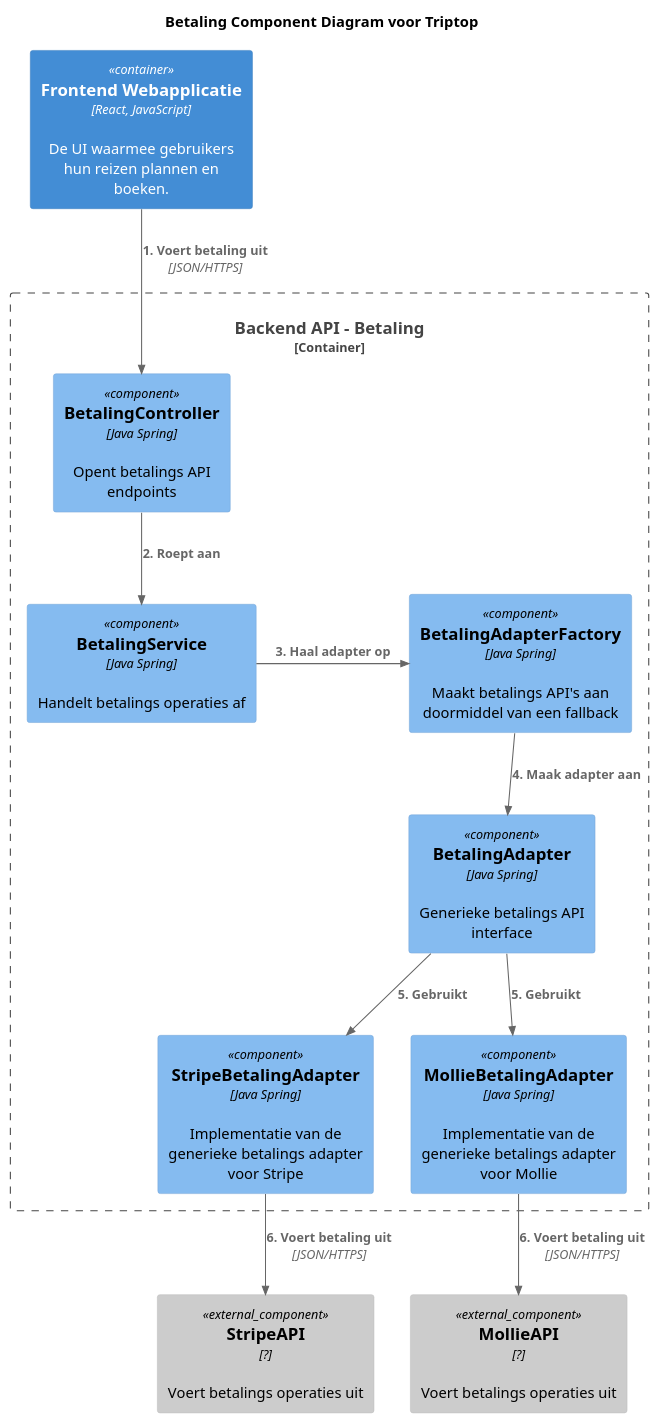
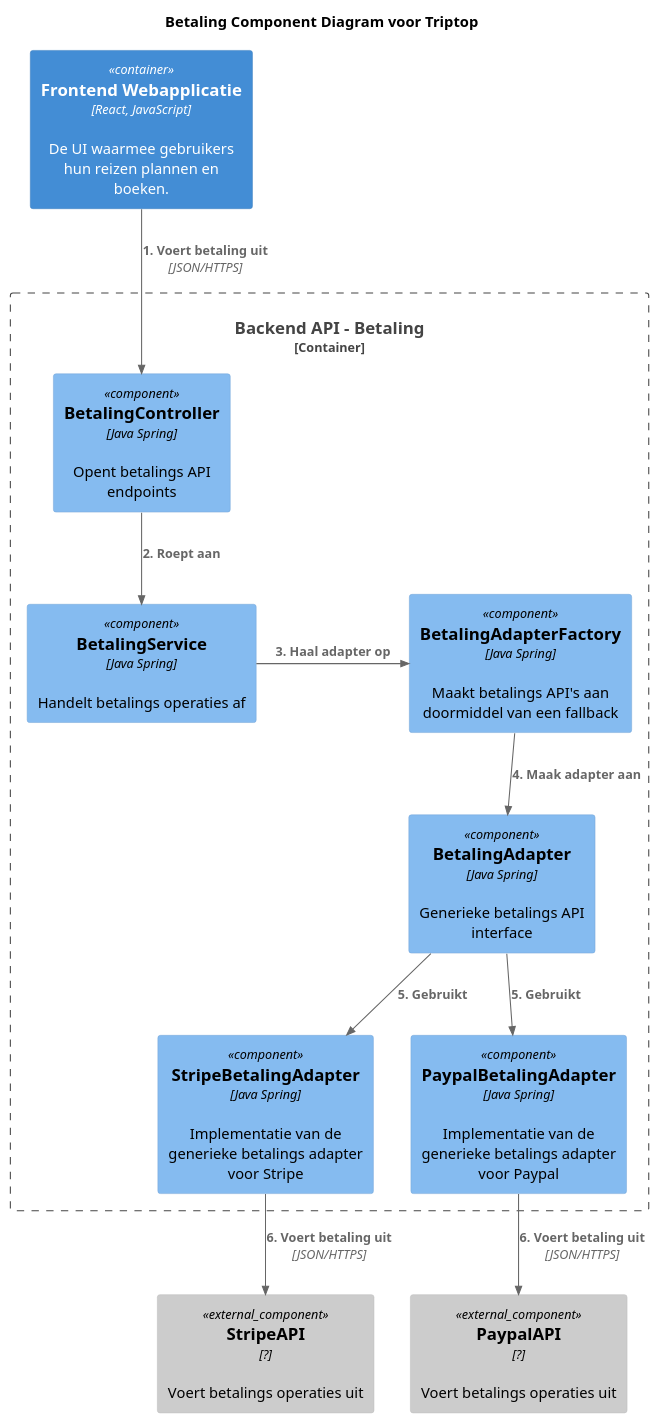
One commit to AIM-ENE-feb25/triptop-groep-3-pedro-ramon-mees changed the diagram in opdracht-diagrammen/component-diagrammen/MEES/Component_Diagram_Mees.puml. Above: the diagram before and after it, drawn with PlantUML. The commit also changed 2 other files, not shown here.

Commit message:
added my component diagram

```diff
--- a/opdracht-diagrammen/component-diagrammen/MEES/Component_Diagram_Mees.puml
+++ b/opdracht-diagrammen/component-diagrammen/MEES/Component_Diagram_Mees.puml
@@ -1,34 +1,34 @@
 @startuml Betaling_Component_Diagram_Mees_Triptop
 
 !include <C4/C4_Container>
 !include <C4/C4_Component>
 
 title "Betaling Component Diagram voor Triptop"
 
 Container(Triptop.FrontendWebapplicatie, "Frontend Webapplicatie", "React, JavaScript", "De UI waarmee gebruikers hun reizen plannen en boeken.")
 
 Container_Boundary(Triptop.BackendAPI, "Backend API - Betaling") {
     Component(betalingController, "BetalingController", "Java Spring", "Opent betalings API endpoints")
     Component(betalingService, "BetalingService", "Java Spring", "Handelt betalings operaties af")
     Component(betalingAdapterFactory, "BetalingAdapterFactory", "Java Spring", "Maakt betalings API's aan doormiddel van een fallback")
     Component(betalingAdapter, "BetalingAdapter", "Java Spring", "Generieke betalings API interface")
     Component(stripeBetalingAdapter, "StripeBetalingAdapter", "Java Spring", "Implementatie van de generieke betalings adapter voor Stripe")
-    Component(mollieBetalingAdapter, "MollieBetalingAdapter", "Java Spring", "Implementatie van de generieke betalings adapter voor Mollie")
+    Component(paypalBetalingAdapter, "PaypalBetalingAdapter", "Java Spring", "Implementatie van de generieke betalings adapter voor Paypal")
 
 }
 
 Component_Ext(stripeAPI, "StripeAPI", "?", "Voert betalings operaties uit")
-Component_Ext(mollieAPI, "MollieAPI", "?", "Voert betalings operaties uit")
+Component_Ext(paypalAPI, "PaypalAPI", "?", "Voert betalings operaties uit")
 
 Rel(Triptop.FrontendWebapplicatie, betalingController, "1. Voert betaling uit", "JSON/HTTPS")
 Rel(betalingController, betalingService, "2. Roept aan")
 Rel_R(betalingService, betalingAdapterFactory, "3. Haal adapter op")
 Rel(betalingAdapterFactory, betalingAdapter, "4. Maak adapter aan")
 Rel(betalingAdapter, stripeBetalingAdapter, "5. Gebruikt")
-Rel(betalingAdapter, mollieBetalingAdapter, "5. Gebruikt")
+Rel(betalingAdapter, paypalBetalingAdapter, "5. Gebruikt")
 
 Rel(stripeBetalingAdapter, stripeAPI, "6. Voert betaling uit", "JSON/HTTPS")
-Rel(mollieBetalingAdapter, mollieAPI, "6. Voert betaling uit", "JSON/HTTPS")
+Rel(paypalBetalingAdapter, paypalAPI, "6. Voert betaling uit", "JSON/HTTPS")
 
 
 @enduml
```
